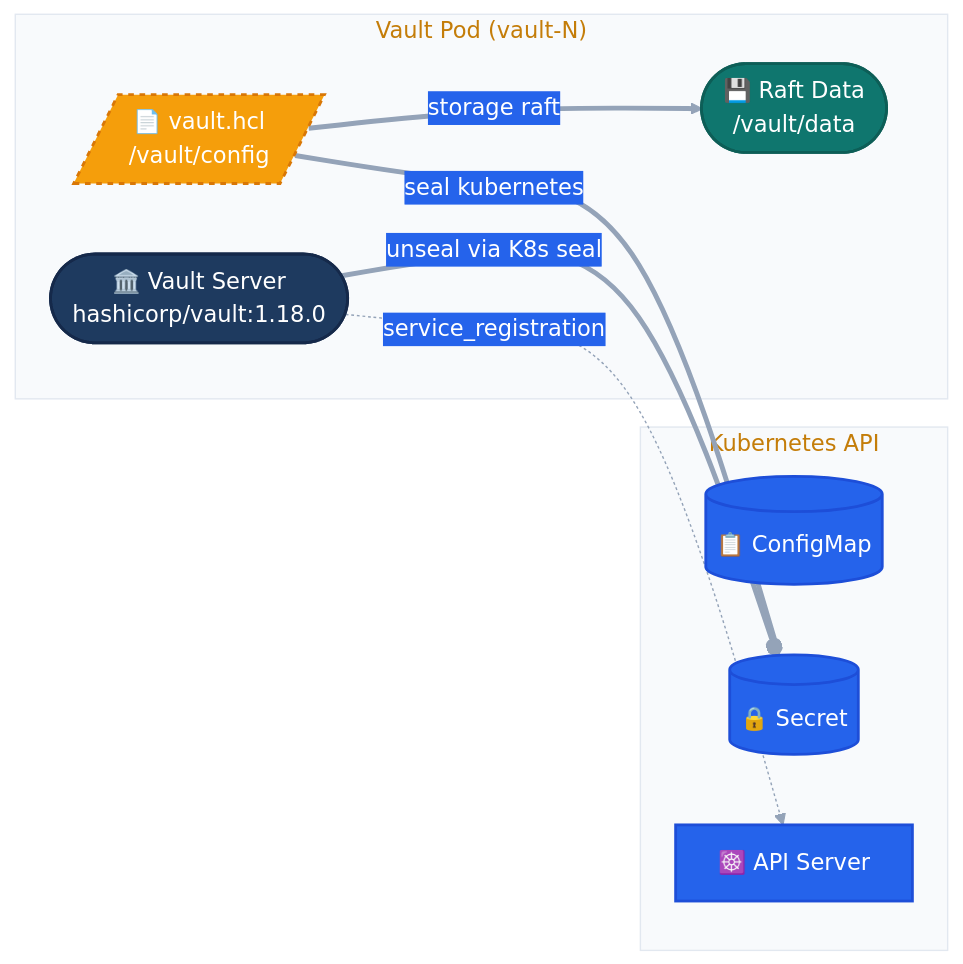
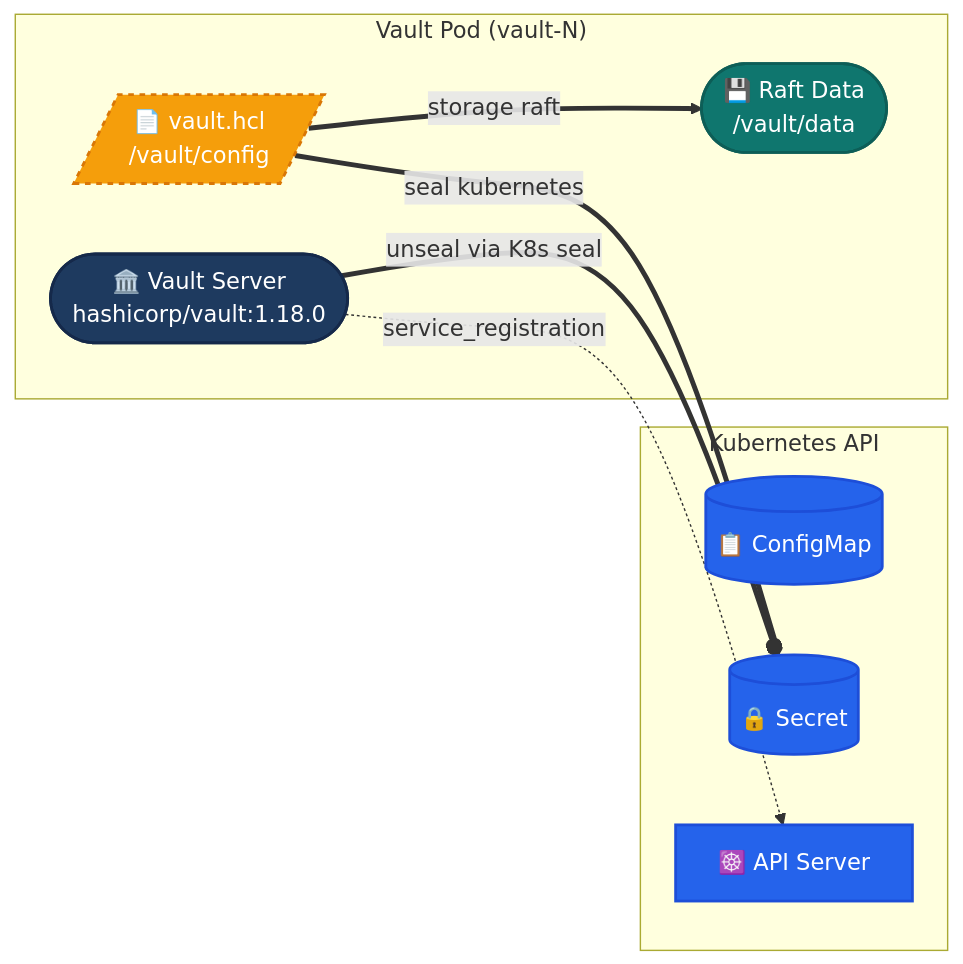
Before and after one commit to Orpere/kind: the third of 6 diagrams in secrets-management/vault/README.md, drawn with Mermaid. The commit also changed other lines of this file and 7 other files, not shown here.

````diff
--- a/secrets-management/vault/README.md
+++ b/secrets-management/vault/README.md
@@ -54,31 +125,30 @@
 ```mermaid
-%%{init: {"theme": "base", "themeVariables": {"primaryColor": "#1E3A5F", "primaryTextColor": "#FFFFFF", "primaryBorderColor": "#15294A", "lineColor": "#94A3B8", "secondaryColor": "#2563EB", "tertiaryColor": "#3B82F6", "clusterBkg": "#F8FAFC", "clusterBorder": "#E2E8F0", "nodeBorder": "#475569", "fontFamily": "system-ui, -apple-system, sans-serif"}}}%%
 graph LR
     subgraph "Vault Pod (vault-N)"
         V([🏛️ Vault Server<br/>hashicorp/vault:1.18.0])
         CFG[/"📄 vault.hcl<br/>/vault/config"/]
         DATA([💾 Raft Data<br/>/vault/data])
     end
 
     subgraph "Kubernetes API"
         CM[(📋 ConfigMap)]
         SEC[(🔒 Secret)]
         API[☸️ API Server]
     end
 
     CFG ==>|"storage raft"| DATA
     CFG ==>|"seal kubernetes"| SEC
     V ==o|"unseal via K8s seal"| SEC
     V -.->|"service_registration"| API
 
     classDef primary fill:#1E3A5F,color:#FFFFFF,stroke:#15294A,stroke-width:2px
     classDef secondary fill:#2563EB,color:#FFFFFF,stroke:#1D4ED8,stroke-width:2px
     classDef tertiary fill:#3B82F6,color:#FFFFFF,stroke:#2563EB,stroke-width:2px
     classDef accent fill:#F59E0B,color:#FFFFFF,stroke:#D97706,stroke-width:2px,stroke-dasharray: 4
     classDef data fill:#0F766E,color:#FFFFFF,stroke:#0D5E57,stroke-width:2px
 
     class V primary
     class CFG accent
     class DATA data
     class CM,SEC,API secondary
 ```
````
